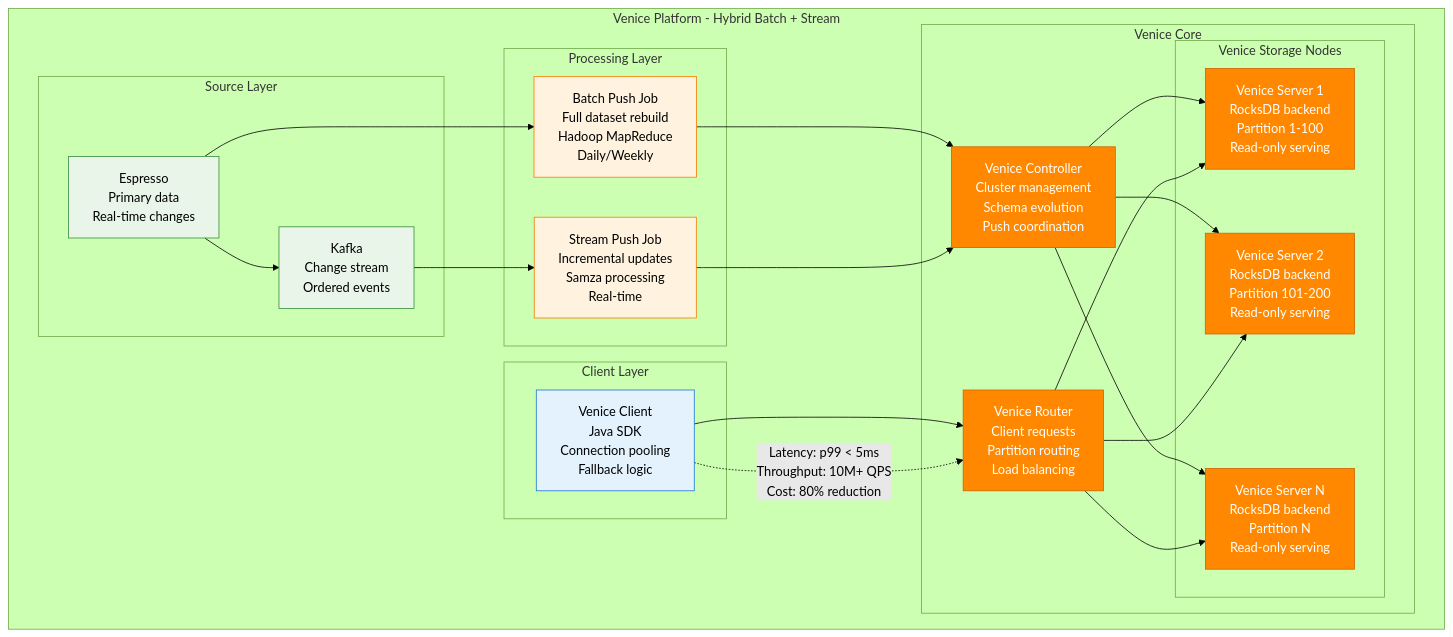
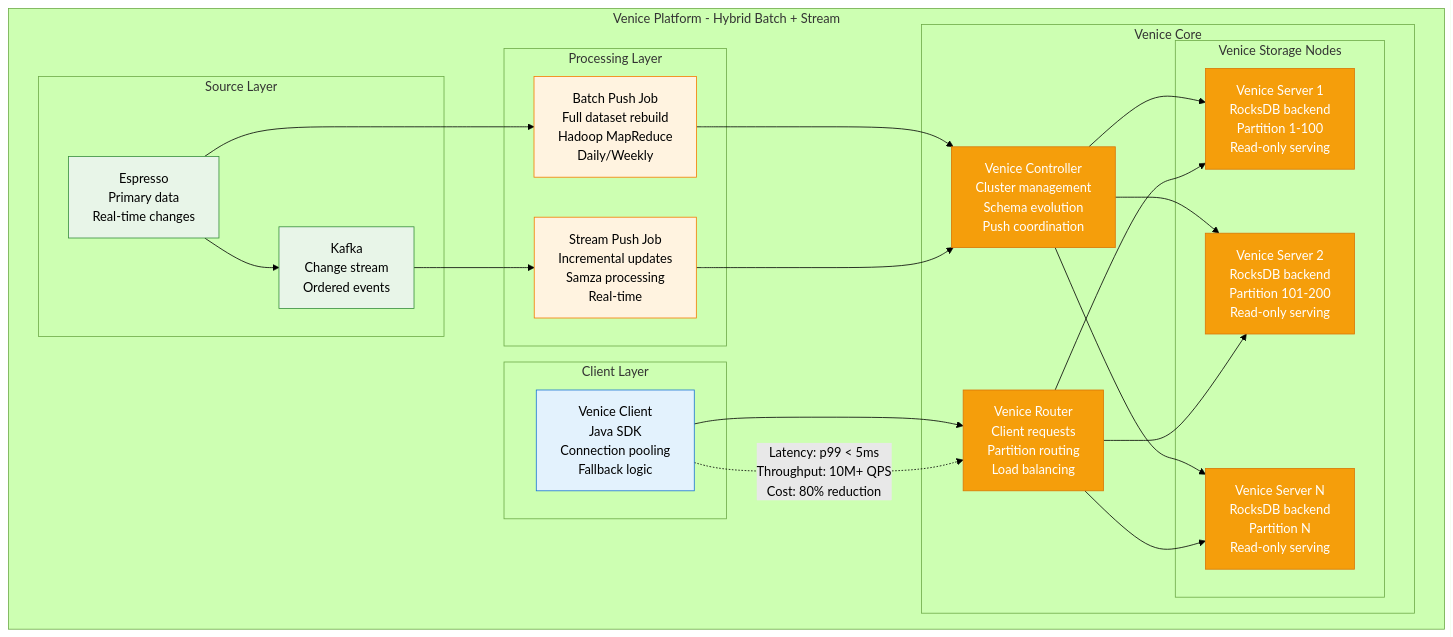
One commit to deepaucksharma/DS changed the seventh of 11 diagrams in site/docs/systems/linkedin/novel-solutions.md. Above: the diagram before and after it, drawn with Mermaid (forest theme). The commit also changed other lines of this file and 303 other files, not shown here.

````diff
--- a/site/docs/systems/linkedin/novel-solutions.md
+++ b/site/docs/systems/linkedin/novel-solutions.md
@@ -317,59 +317,59 @@
 ```mermaid
 graph TB
     subgraph VenicePlatform[Venice Platform - Hybrid Batch + Stream]
         subgraph SourceLayer[Source Layer]
             ESPRESSO_SOURCE[Espresso<br/>Primary data<br/>Real-time changes]
             KAFKA_STREAM[Kafka<br/>Change stream<br/>Ordered events]
         end
 
         subgraph ProcessingLayer[Processing Layer]
             BATCH_PUSH[Batch Push Job<br/>Full dataset rebuild<br/>Hadoop MapReduce<br/>Daily/Weekly]
             STREAM_PUSH[Stream Push Job<br/>Incremental updates<br/>Samza processing<br/>Real-time]
         end
 
         subgraph VeniceCore[Venice Core]
             CONTROLLER[Venice Controller<br/>Cluster management<br/>Schema evolution<br/>Push coordination]
 
             subgraph VeniceStorageNodes[Venice Storage Nodes]
                 STORAGE1[Venice Server 1<br/>RocksDB backend<br/>Partition 1-100<br/>Read-only serving]
                 STORAGE2[Venice Server 2<br/>RocksDB backend<br/>Partition 101-200<br/>Read-only serving]
                 STORAGEN[Venice Server N<br/>RocksDB backend<br/>Partition N<br/>Read-only serving]
             end
 
             ROUTER[Venice Router<br/>Client requests<br/>Partition routing<br/>Load balancing]
         end
 
         subgraph ClientLayer[Client Layer]
             VENICE_CLIENT[Venice Client<br/>Java SDK<br/>Connection pooling<br/>Fallback logic]
         end
     end
 
     ESPRESSO_SOURCE --> KAFKA_STREAM
     KAFKA_STREAM --> STREAM_PUSH
     ESPRESSO_SOURCE --> BATCH_PUSH
 
     BATCH_PUSH --> CONTROLLER
     STREAM_PUSH --> CONTROLLER
 
     CONTROLLER --> STORAGE1
     CONTROLLER --> STORAGE2
     CONTROLLER --> STORAGEN
 
     VENICE_CLIENT --> ROUTER
     ROUTER --> STORAGE1
     ROUTER --> STORAGE2
     ROUTER --> STORAGEN
 
     %% Performance improvements
     VENICE_CLIENT -.->|"Latency: p99 < 5ms<br/>Throughput: 10M+ QPS<br/>Cost: 80% reduction"| ROUTER
 
     classDef sourceStyle fill:#E8F5E8,stroke:#388E3C,color:#000
     classDef processStyle fill:#FFF3E0,stroke:#F57C00,color:#000
-    classDef veniceStyle fill:#FF8800,stroke:#CC6600,color:#fff
+    classDef veniceStyle fill:#F59E0B,stroke:#D97706,color:#fff
     classDef clientStyle fill:#E3F2FD,stroke:#1976D2,color:#000
 
     class ESPRESSO_SOURCE,KAFKA_STREAM sourceStyle
     class BATCH_PUSH,STREAM_PUSH processStyle
     class CONTROLLER,STORAGE1,STORAGE2,STORAGEN,ROUTER veniceStyle
     class VENICE_CLIENT clientStyle
 ```
````
